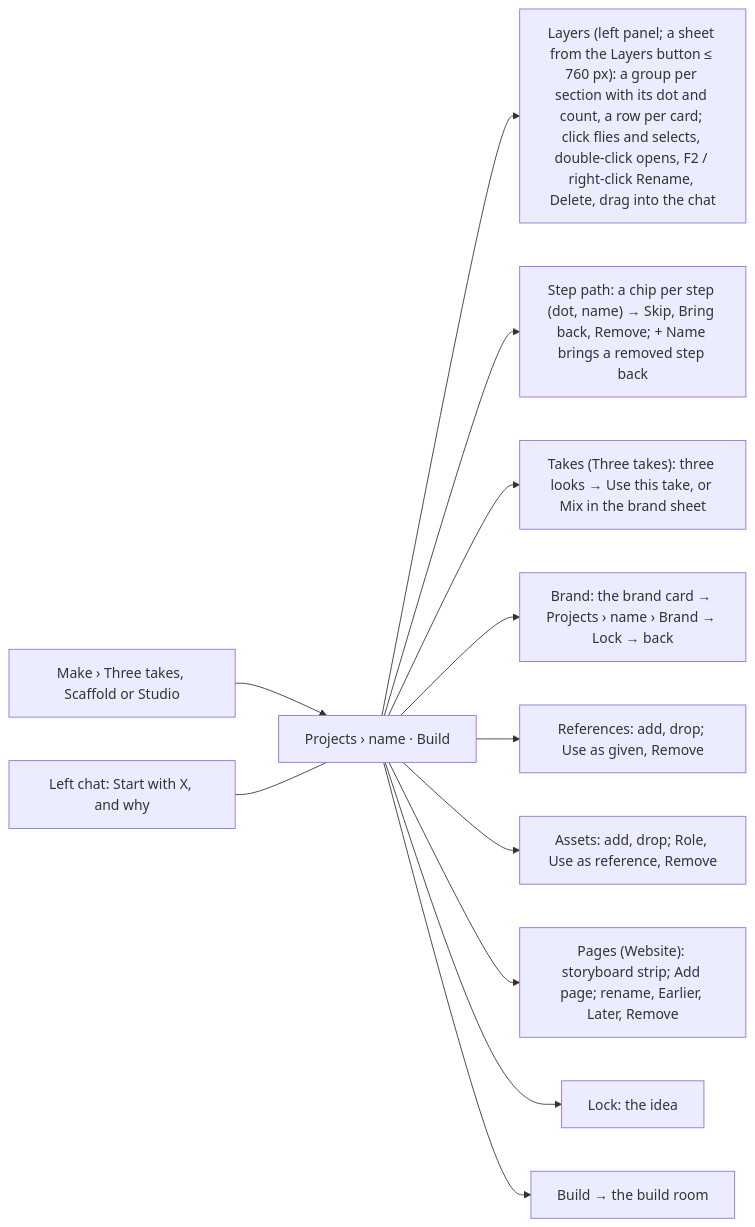
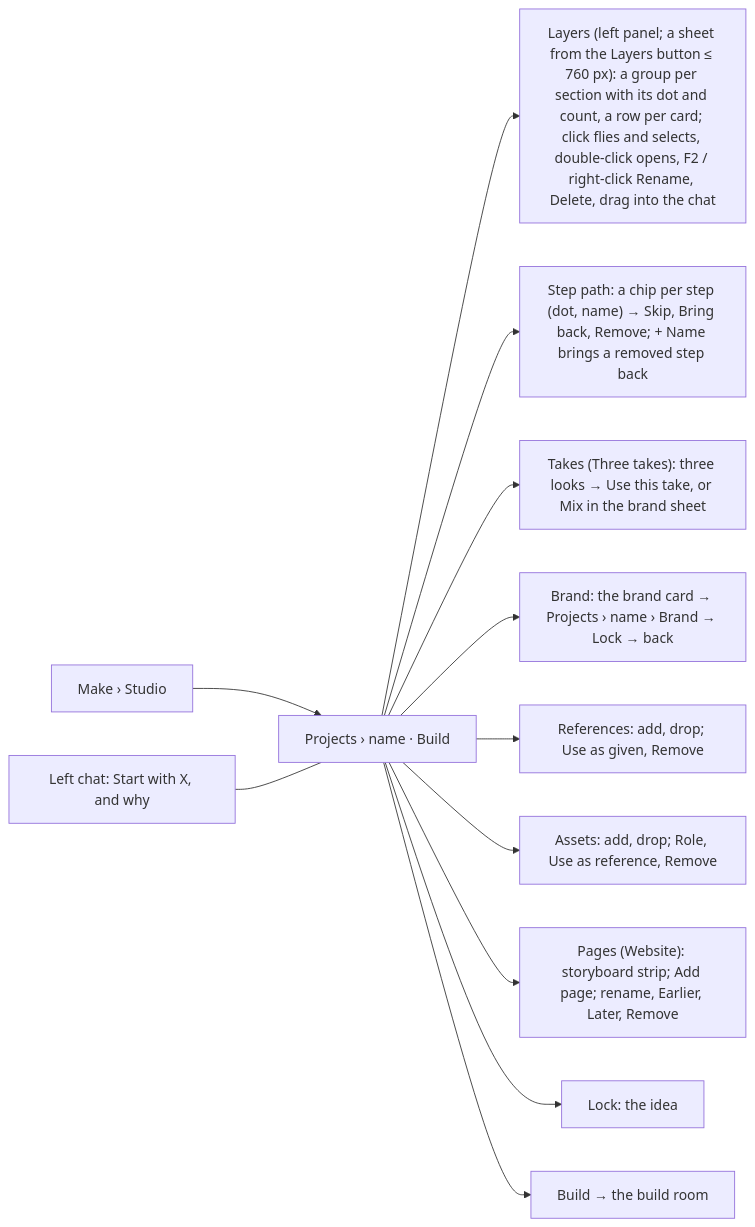
The seventh of 27 diagrams in docs/ux/SITEMAP.md (Pukujan/swarm-studio), drawn with Mermaid before and after one commit. The commit also changed other lines of this file and 24 other files, not shown here.

First line of the commit message:
Make has two ways: Just make it and Studio (decision 0020)

````diff
--- a/docs/ux/SITEMAP.md
+++ b/docs/ux/SITEMAP.md
@@ -212,14 +213,14 @@
 ```mermaid
 flowchart LR
-  MK["Make › Three takes, Scaffold or Studio"] --> SC["Projects › name · Build"]
+  MK["Make › Studio"] --> SC["Projects › name · Build"]
   CH["Left chat: Start with X, and why"] --- SC
   SC --> LY["Layers (left panel; a sheet from the Layers button ≤ 760 px): a group per section with its dot and count, a row per card; click flies and selects, double-click opens, F2 / right-click Rename, Delete, drag into the chat"]
   SC --> PA["Step path: a chip per step (dot, name) → Skip, Bring back, Remove; + Name brings a removed step back"]
   SC --> TK["Takes (Three takes): three looks → Use this take, or Mix in the brand sheet"]
   SC --> BR["Brand: the brand card → Projects › name › Brand → Lock → back"]
   SC --> RF["References: add, drop; Use as given, Remove"]
   SC --> AS["Assets: add, drop; Role, Use as reference, Remove"]
   SC --> PG["Pages (Website): storyboard strip; Add page; rename, Earlier, Later, Remove"]
   SC --> LK["Lock: the idea"]
   SC --> BU["Build → the build room"]
 ```
````
